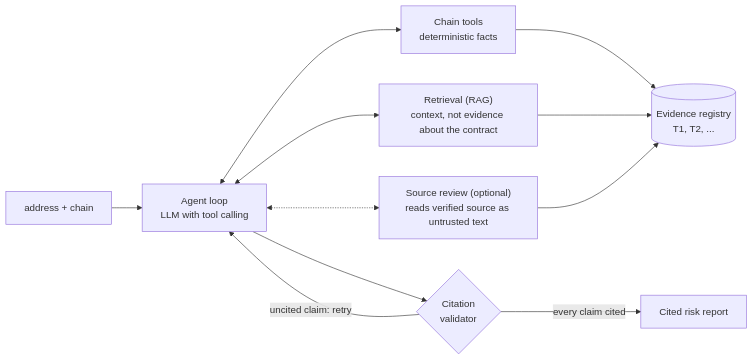
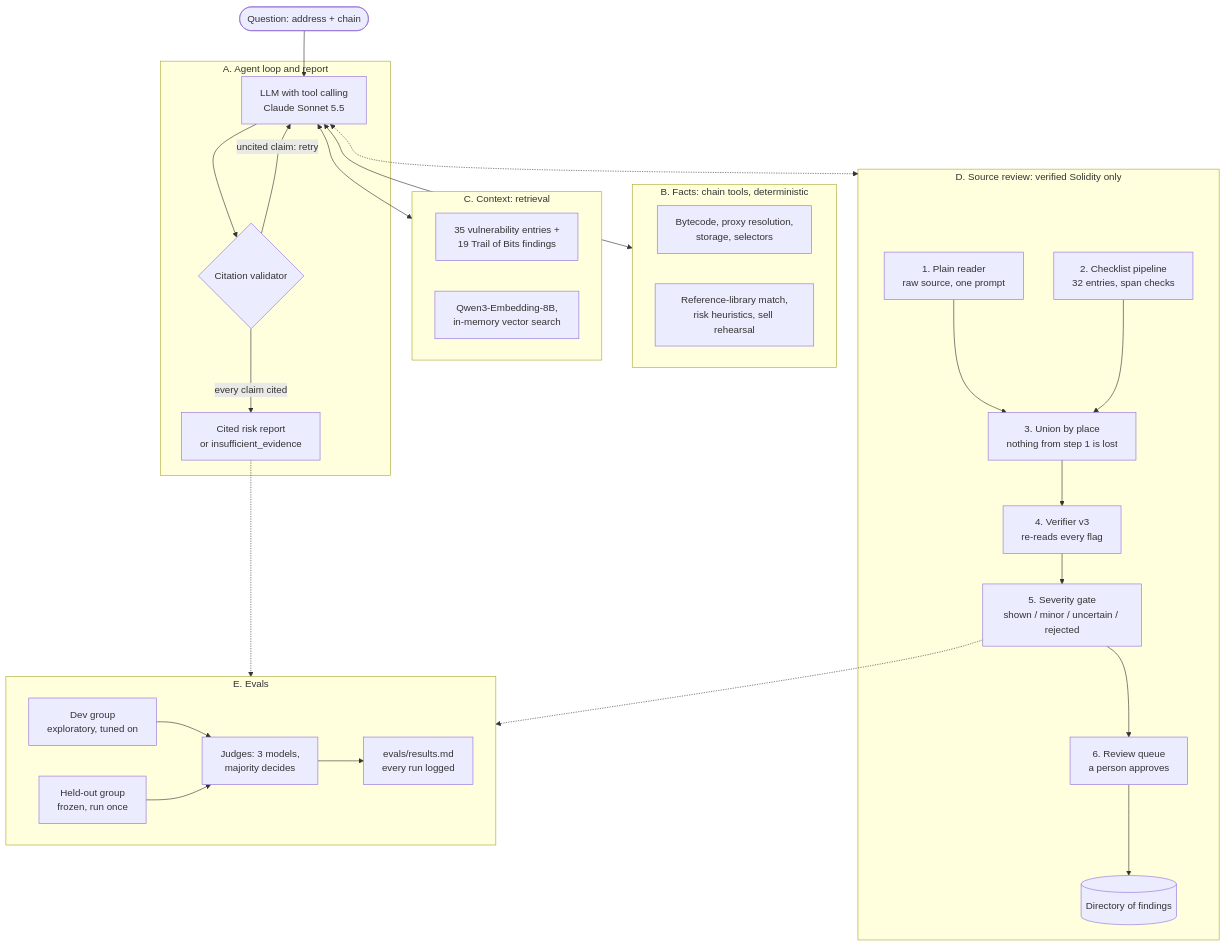
The diagram in README.md (Aryaan082/contract-analyzer), drawn with Mermaid before and after one commit. The commit also changed other lines of this file and 2 other files, not shown here.

````diff
--- a/README.md
+++ b/README.md
@@ -33,13 +36,53 @@
 ```mermaid
-flowchart LR
-    Q["address + chain"] --> L["Agent loop<br/>LLM with tool calling"]
-    L <--> T["Chain tools<br/>deterministic facts"]
-    L <--> R["Retrieval (RAG)<br/>context, not evidence about the contract"]
-    L <-.-> S["Source review (optional)<br/>reads verified source as untrusted text"]
-    T --> E[("Evidence registry<br/>T1, T2, ...")]
-    R --> E
-    S --> E
-    L --> V{"Citation<br/>validator"}
-    V -- "uncited claim: retry" --> L
-    V -- "every claim cited" --> O["Cited risk report"]
+flowchart TB
+    Q(["Question: address + chain"])
+
+    subgraph A["A. Agent loop and report"]
+        A1["LLM with tool calling<br/>Claude Sonnet 5.5"]
+        A2{"Citation validator"}
+        A3["Cited risk report<br/>or insufficient_evidence"]
+        A1 --> A2
+        A2 -- "uncited claim: retry" --> A1
+        A2 -- "every claim cited" --> A3
+    end
+
+    subgraph B["B. Facts: chain tools, deterministic"]
+        B1["Bytecode, proxy resolution,<br/>storage, selectors"]
+        B2["Reference-library match,<br/>risk heuristics, sell rehearsal"]
+    end
+
+    subgraph C["C. Context: retrieval"]
+        C1["35 vulnerability entries +<br/>19 Trail of Bits findings"]
+        C2["Qwen3-Embedding-8B,<br/>in-memory vector search"]
+    end
+
+    subgraph D["D. Source review: verified Solidity only"]
+        D1["1. Plain reader<br/>raw source, one prompt"]
+        D2["2. Checklist pipeline<br/>32 entries, span checks"]
+        D3["3. Union by place<br/>nothing from step 1 is lost"]
+        D4["4. Verifier v3<br/>re-reads every flag"]
+        D5["5. Severity gate<br/>shown / minor / uncertain / rejected"]
+        D6["6. Review queue<br/>a person approves"]
+        D7[("Directory of findings")]
+        D1 --> D3
+        D2 --> D3
+        D3 --> D4 --> D5 --> D6 --> D7
+    end
+
+    subgraph E["E. Evals"]
+        E1["Dev group<br/>exploratory, tuned on"]
+        E2["Held-out group<br/>frozen, run once"]
+        E3["Judges: 3 models,<br/>majority decides"]
+        E4["evals/results.md<br/>every run logged"]
+        E1 --> E3
+        E2 --> E3
+        E3 --> E4
+    end
+
+    Q --> A1
+    A1 <--> B
+    A1 <--> C
+    A1 <-.-> D
+    A3 -.-> E
+    D5 -.-> E
 ```
````
